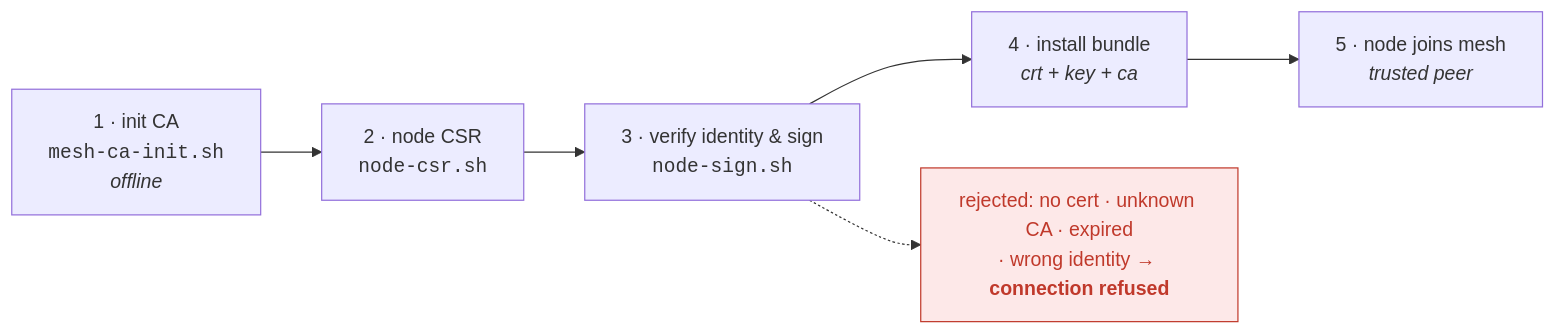
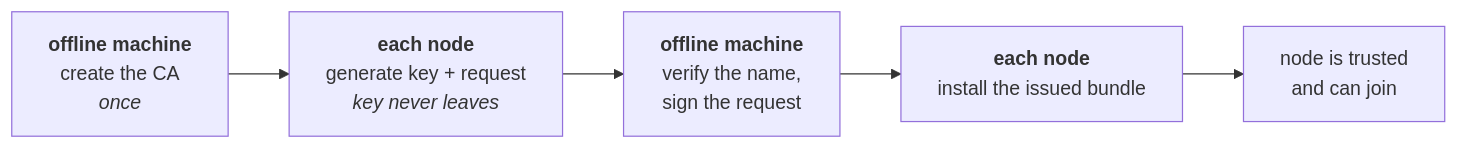
One commit to allamiro/ansible-controller changed the second of 2 diagrams in mesh/README.md. Above: the diagram before and after it, drawn with Mermaid. The commit also changed other lines of this file, not shown here.

First line of the commit message:
docs(mesh): rewrite README for the operator, not the developer

````diff
--- a/mesh/README.md
+++ b/mesh/README.md
@@ -106,12 +121,7 @@
 ```mermaid
 flowchart LR
-    P1["1 · init CA<br/><code>mesh-ca-init.sh</code><br/><i>offline</i>"] --> P2["2 · node CSR<br/><code>node-csr.sh</code>"]
-    P2 --> P3["3 · verify identity & sign<br/><code>node-sign.sh</code>"]
-    P3 --> P4["4 · install bundle<br/><i>crt + key + ca</i>"]
-    P4 --> P5["5 · node joins mesh<br/><i>trusted peer</i>"]
-
-    P3 -.-> R["rejected: no cert · unknown CA · expired<br/>· wrong identity → <b>connection refused</b>"]
-
-    classDef reject fill:#fde8e8,stroke:#c0392b,color:#c0392b;
-    class R reject;
+    P1["<b>offline machine</b><br/>create the CA<br/><i>once</i>"] --> P2["<b>each node</b><br/>generate key + request<br/><i>key never leaves</i>"]
+    P2 --> P3["<b>offline machine</b><br/>verify the name,<br/>sign the request"]
+    P3 --> P4["<b>each node</b><br/>install the issued bundle"]
+    P4 --> P5["node is trusted<br/>and can join"]
 ```
````
